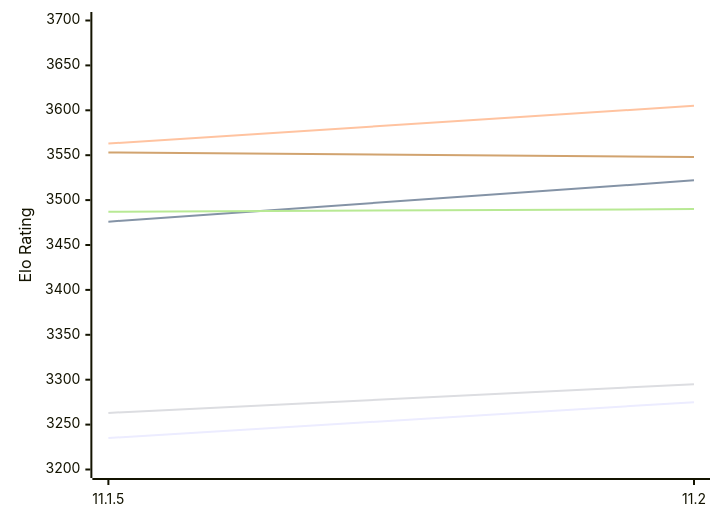
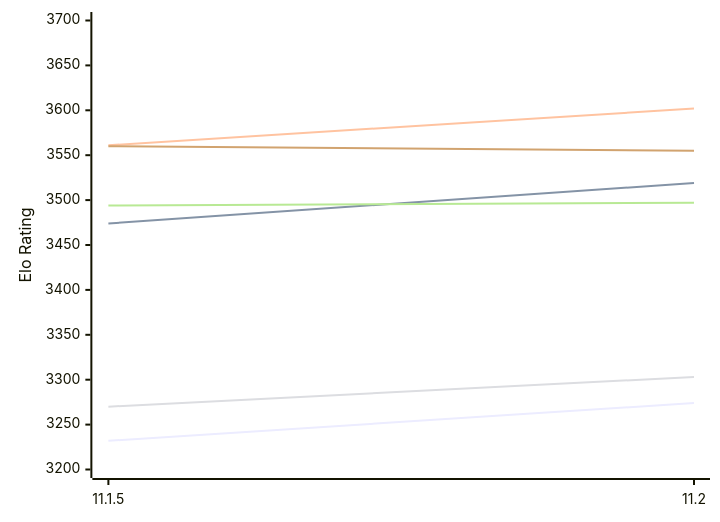
One commit to computer-chess-index/cci changed the first of 2 diagrams in engines/Lizard.md. Above: the diagram before and after it, drawn with Mermaid. The commit also changed other lines of this file, not shown here.

Commit message:
Update CCI Ratings (ELO VLTC) - 2026-11-23

````diff
--- a/engines/Lizard.md
+++ b/engines/Lizard.md
@@ -52,12 +52,12 @@
 ```mermaid
 %%{init: {"theme":"base","themeVariables":{"seriesColors:['#a3a3a3','#222221','#faa371']}}}%%
 xychart-beta
   x-axis ["11.1.5", "11.2"]
   y-axis "Elo Rating" 3200 --> 3700
-  line "E1: STC (8.0+0.08s)" [3235, 3275]
-  line "E1: LTC (60.0+0.60s)" [3476, 3522]
-  line "E1: VLTC (2m24s+1.12s)" [3563, 3605]
-  line "P1: STC (8.0+0.08s)" [3263, 3295]
-  line "P1: LTC (60.0+0.60s)" [3487, 3490]
-  line "P1: VLTC (2m24s+1.12s)" [3553, 3548]
+  line "E1: STC (8.0+0.08s)" [3232, 3274]
+  line "E1: LTC (60.0+0.60s)" [3474, 3519]
+  line "E1: VLTC (2m24s+1.12s)" [3561, 3602]
+  line "P1: STC (8.0+0.08s)" [3270, 3303]
+  line "P1: LTC (60.0+0.60s)" [3494, 3497]
+  line "P1: VLTC (2m24s+1.12s)" [3560, 3555]
 ```
````
